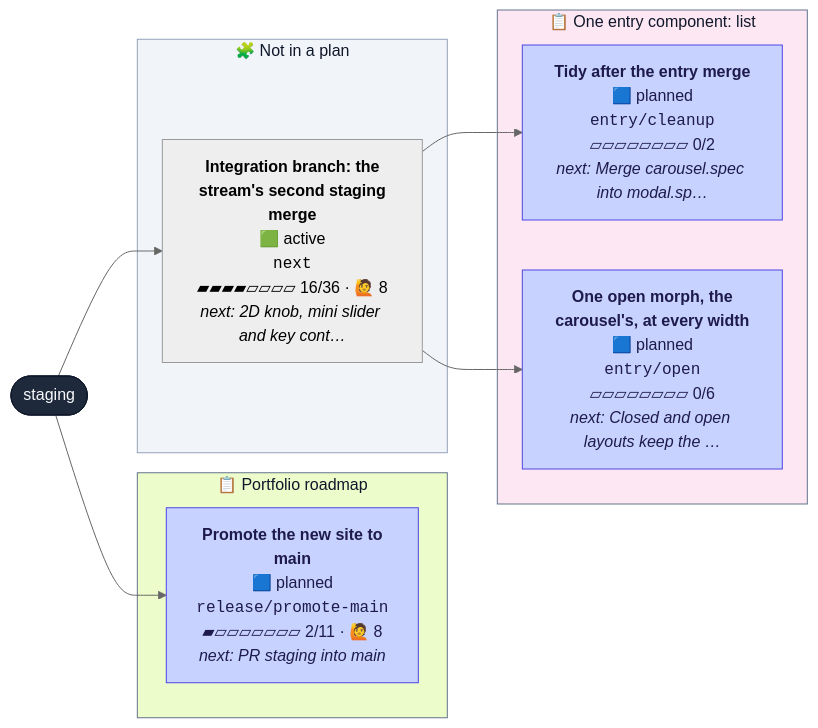
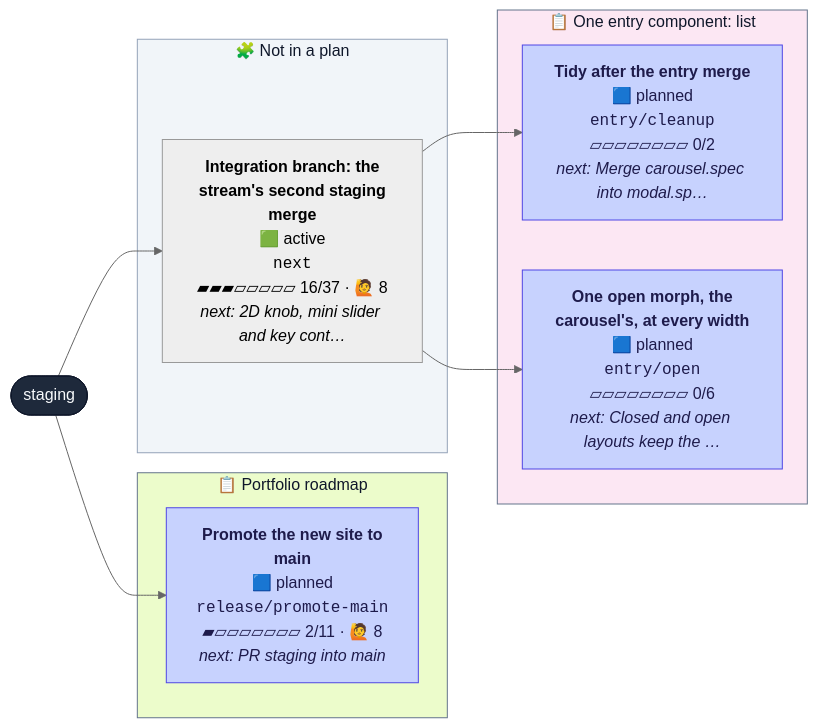
One commit to henryjonescodes/portfolio changed the second of 2 diagrams in CONTRIBUTING.md. Above: the diagram before and after it, drawn with Mermaid (neutral theme). The commit also changed other lines of this file and 1 other file, not shown here.

````diff
--- a/CONTRIBUTING.md
+++ b/CONTRIBUTING.md
@@ -37,33 +37,33 @@
 ```mermaid
 flowchart LR
   n_staging([staging])
   class n_staging trunk
   subgraph plan_1["📋 One entry component: list"]
     n_entry_cleanup["<b>Tidy after the entry merge</b><br/>🟦 planned<br/><code>entry/cleanup</code><br/>▱▱▱▱▱▱▱▱ 0/2<br/><i>next: Merge carousel.spec into modal.sp…</i>"]
     class n_entry_cleanup planned
     n_entry_open["<b>One open morph, the<br/>carousel's, at every width</b><br/>🟦 planned<br/><code>entry/open</code><br/>▱▱▱▱▱▱▱▱ 0/6<br/><i>next: Closed and open layouts keep the …</i>"]
     class n_entry_open planned
   end
   style plan_1 fill:#fce7f3,stroke:#64748b,color:#0f172a
   subgraph plan_2["📋 Portfolio roadmap"]
     n_release_promote_main["<b>Promote the new site to<br/>main</b><br/>🟦 planned<br/><code>release/promote-main</code><br/>▰▱▱▱▱▱▱▱ 2/11 · 🙋 8<br/><i>next: PR staging into main</i>"]
     class n_release_promote_main planned
   end
   style plan_2 fill:#ecfccb,stroke:#64748b,color:#0f172a
   subgraph loose["🧩 Not in a plan"]
-    n_next["<b>Integration branch: the<br/>stream's second staging<br/>merge</b><br/>🟩 active<br/><code>next</code><br/>▰▰▰▰▱▱▱▱ 16/36 · 🙋 8<br/><i>next: 2D knob, mini slider and key cont…</i>"]
+    n_next["<b>Integration branch: the<br/>stream's second staging<br/>merge</b><br/>🟩 active<br/><code>next</code><br/>▰▰▰▱▱▱▱▱ 16/37 · 🙋 8<br/><i>next: 2D knob, mini slider and key cont…</i>"]
     class n_next active,current
   end
   style loose fill:#f1f5f9,stroke:#94a3b8,color:#0f172a
   n_next --> n_entry_cleanup
   n_next --> n_entry_open
   n_staging --> n_next
   n_staging --> n_release_promote_main
   classDef planned fill:#c7d2fe,stroke:#4f46e5,color:#1e1b4b
   classDef sketched fill:#f8fafc,stroke:#64748b,stroke-dasharray:4 3,color:#334155
   classDef active fill:#bbf7d0,stroke:#16a34a,stroke-width:3px,color:#052e16
   classDef review fill:#fde68a,stroke:#d97706,stroke-width:3px,color:#451a03
   classDef blocked fill:#fecaca,stroke:#dc2626,stroke-width:3px,color:#450a0a
   classDef trunk fill:#1e293b,stroke:#0f172a,color:#f8fafc
   classDef current stroke:#0ea5e9,stroke-width:5px
 ```
````
